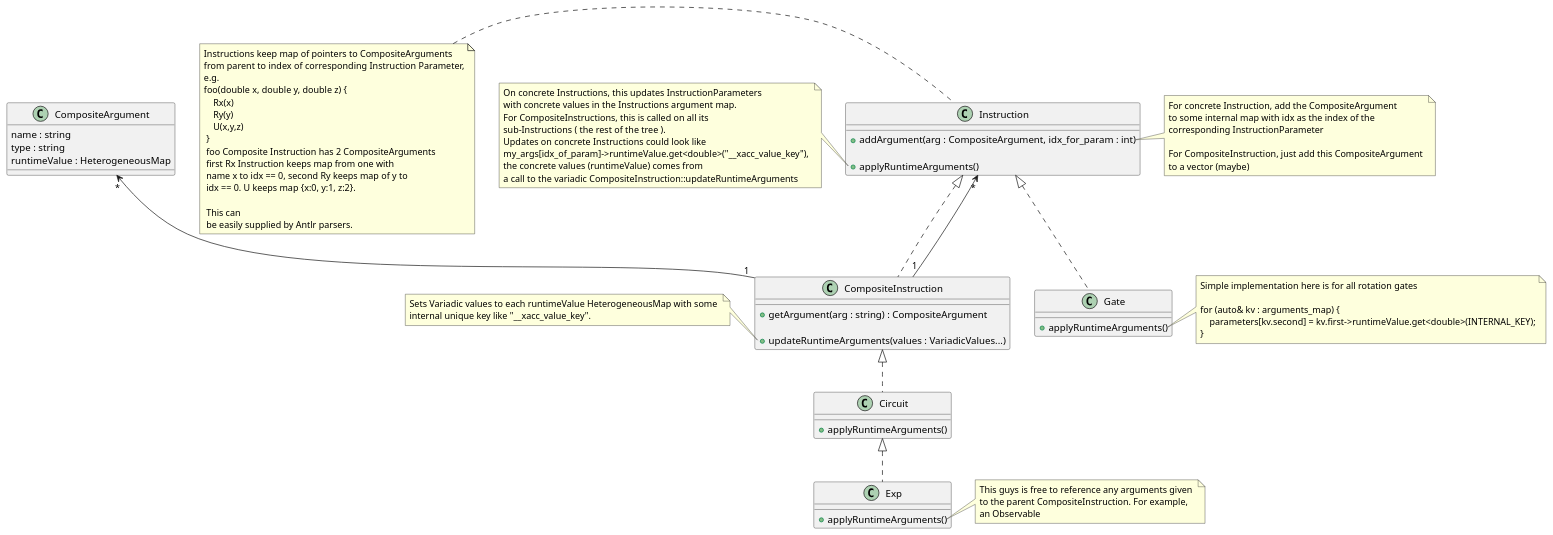
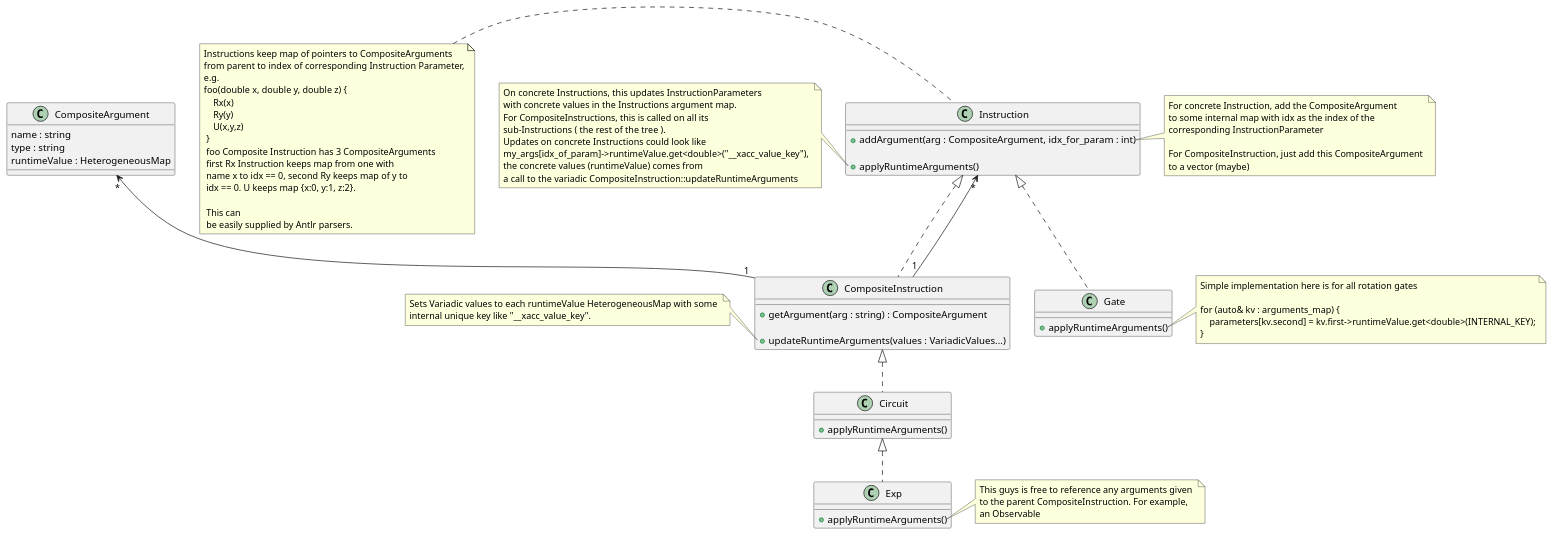
Before and after one commit to eclipse/xacc: the diagram in docs/uml/irv3.plantuml, drawn with PlantUML.

Commit message:
update to typo in irv3 uml model note

```diff
--- a/docs/uml/irv3.plantuml
+++ b/docs/uml/irv3.plantuml
@@ -1,97 +1,97 @@
 @startuml
 
 class Instruction {
     
     + addArgument(arg : CompositeArgument, idx_for_param : int)
 
     + applyRuntimeArguments() 
 
 }
 class CompositeInstruction {
     + getArgument(arg : string) : CompositeArgument
 
     + updateRuntimeArguments(values : VariadicValues...) 
 }
 class CompositeArgument {
     name : string
     type : string
     runtimeValue : HeterogeneousMap 
 }
 
 class Gate {
     + applyRuntimeArguments()
 }
 class Circuit {
     + applyRuntimeArguments()
 }
 class Exp {
     + applyRuntimeArguments()
 }
 
 Instruction <|.. CompositeInstruction 
 Instruction "*" <-- "1" CompositeInstruction 
 
 CompositeArgument "*" <-- "1" CompositeInstruction
 Instruction <|.. Gate
 CompositeInstruction <|.. Circuit
 Circuit <|.. Exp
 
 note right of Instruction::addArgument 
   For concrete Instruction, add the CompositeArgument 
   to some internal map with idx as the index of the 
   corresponding InstructionParameter 
   
   For CompositeInstruction, just add this CompositeArgument 
   to a vector (maybe)
 end note
 
 note right of Gate::applyRuntimeArguments 
   Simple implementation here is for all rotation gates
 
   for (auto& kv : arguments_map) {
       parameters[kv.second] = kv.first->runtimeValue.get<double>(INTERNAL_KEY);
   }
 end note
 
 
 note left of Instruction  
  Instructions keep map of pointers to CompositeArguments 
  from parent to index of corresponding Instruction Parameter,
  e.g.
  foo(double x, double y, double z) {
      Rx(x)
      Ry(y)
      U(x,y,z)
   }
-  foo Composite Instruction has 2 CompositeArguments
+  foo Composite Instruction has 3 CompositeArguments
   first Rx Instruction keeps map from one with 
   name x to idx == 0, second Ry keeps map of y to 
   idx == 0. U keeps map {x:0, y:1, z:2}.
   
   This can 
   be easily supplied by Antlr parsers.
 end note
 
 note left of Instruction::applyRuntimeArguments
   On concrete Instructions, this updates InstructionParameters 
   with concrete values in the Instructions argument map. 
   For CompositeInstructions, this is called on all its 
   sub-Instructions ( the rest of the tree ).
   Updates on concrete Instructions could look like 
   my_args[idx_of_param]->runtimeValue.get<double>("__xacc_value_key"), 
   the concrete values (runtimeValue) comes from 
   a call to the variadic CompositeInstruction::updateRuntimeArguments 
 end note
 
 note left of CompositeInstruction::updateRuntimeArguments 
   Sets Variadic values to each runtimeValue HeterogeneousMap with some 
   internal unique key like "__xacc_value_key". 
 end note
 
 note right of Exp::applyRuntimeArguments 
   This guys is free to reference any arguments given 
   to the parent CompositeInstruction. For example, 
   an Observable 
 end note
 
 @enduml
```
